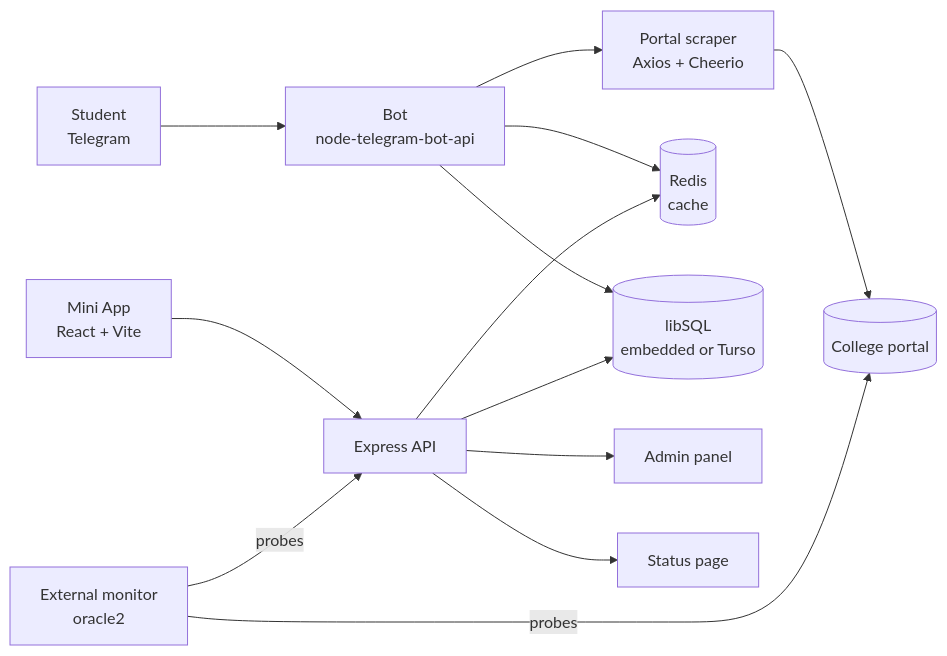
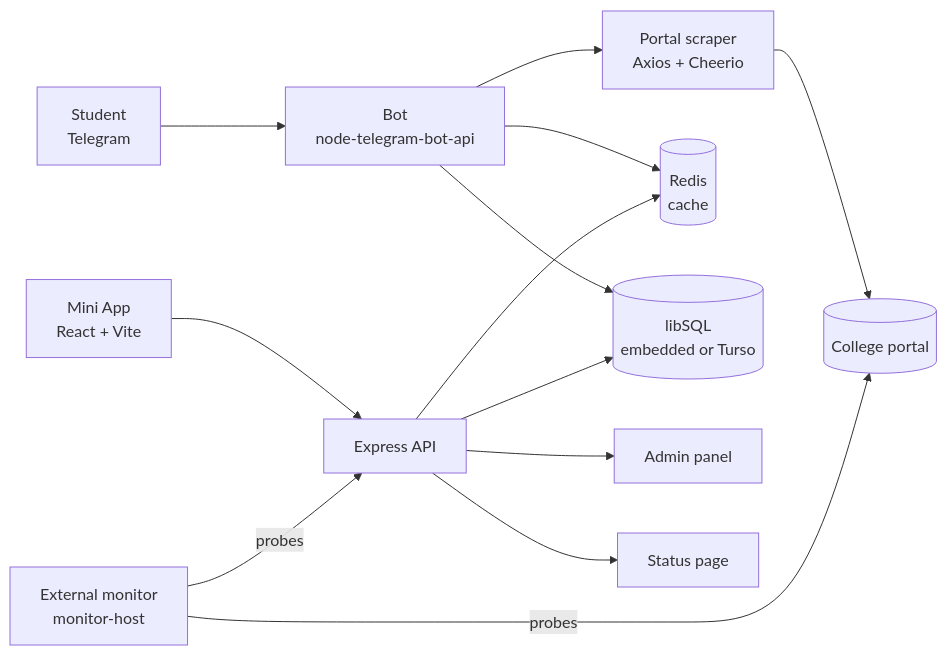
Before and after one commit to tobioffice/NbkristQik: the diagram in README.md, drawn with Mermaid. The commit also changed other lines of this file and 53 other files, not shown here.

````diff
--- a/README.md
+++ b/README.md
@@ -65,15 +69,15 @@
 ```mermaid
 flowchart LR
     student["Student<br/>Telegram"] --> bot["Bot<br/>node-telegram-bot-api"]
     web["Mini App<br/>React + Vite"] --> api["Express API"]
     bot --> scraper["Portal scraper<br/>Axios + Cheerio"]
     scraper --> portal[("College portal")]
     bot --> redis[("Redis<br/>cache")]
     api --> redis
     bot --> db[("libSQL<br/>embedded or Turso")]
     api --> db
     api --> admin["Admin panel"]
     api --> status["Status page"]
-    monitor["External monitor<br/>oracle2"] -->|probes| api
+    monitor["External monitor<br/>monitor-host"] -->|probes| api
     monitor -->|probes| portal
 ```
````
